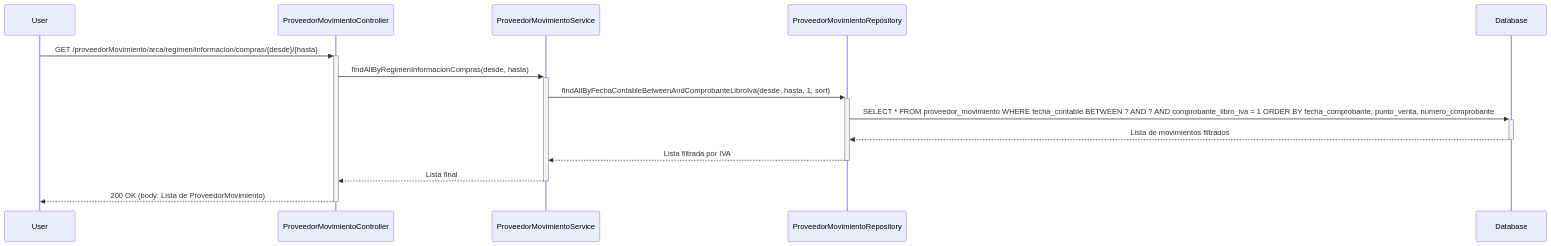
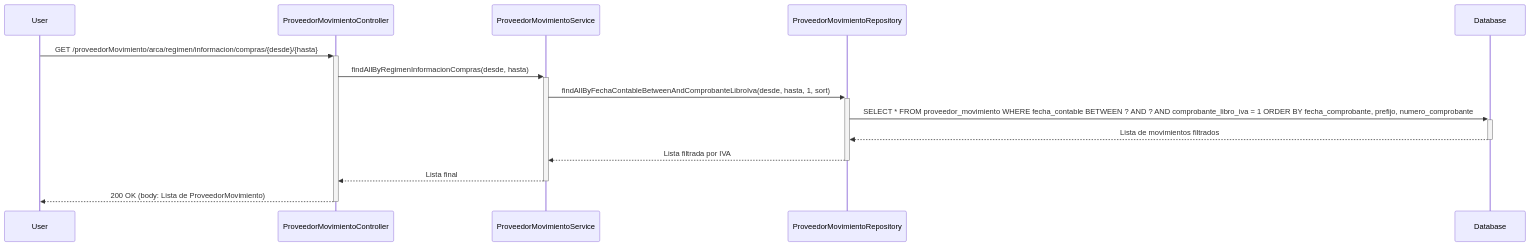
The diagram in docs/diagrams/mermaid/proveedor-sequence-diagram.mmd (ETEREA-services/ETEREA.core-service), drawn with Mermaid before and after one commit. The commit also changed 2 other files, not shown here.

Commit message:
docs(proveedor): actualizar diagramas de Mermaid para ProveedorMovimiento
- Agrega clase ProveedorMovimiento en diagrama de clases con nueva relación proveedor
- Corrige consulta SQL en diagrama de secuencia para usar prefijo en lugar de punto_venta

```diff
--- a/docs/diagrams/mermaid/proveedor-sequence-diagram.mmd
+++ b/docs/diagrams/mermaid/proveedor-sequence-diagram.mmd
@@ -1,15 +1,15 @@
 sequenceDiagram
     participant User
     participant PC as ProveedorMovimientoController
     participant PS as ProveedorMovimientoService
     participant PR as ProveedorMovimientoRepository
     participant DB as Database
 
     User->>+PC: GET /proveedorMovimiento/arca/regimen/informacion/compras/{desde}/{hasta}
     PC->>+PS: findAllByRegimenInformacionCompras(desde, hasta)
     PS->>+PR: findAllByFechaContableBetweenAndComprobanteLibroIva(desde, hasta, 1, sort)
-    PR->>+DB: SELECT * FROM proveedor_movimiento WHERE fecha_contable BETWEEN ? AND ? AND comprobante_libro_iva = 1 ORDER BY fecha_comprobante, punto_venta, numero_comprobante
+    PR->>+DB: SELECT * FROM proveedor_movimiento WHERE fecha_contable BETWEEN ? AND ? AND comprobante_libro_iva = 1 ORDER BY fecha_comprobante, prefijo, numero_comprobante
     DB-->>-PR: Lista de movimientos filtrados
     PR-->>-PS: Lista filtrada por IVA
     PS-->>-PC: Lista final
     PC-->>-User: 200 OK (body: Lista de ProveedorMovimiento)
```
